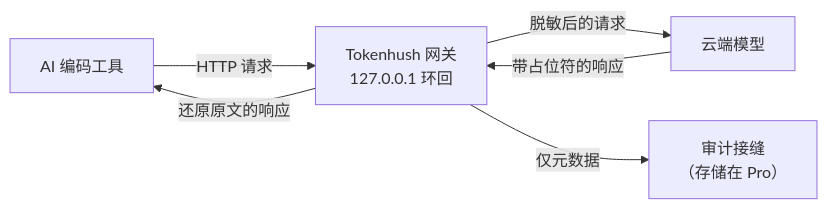
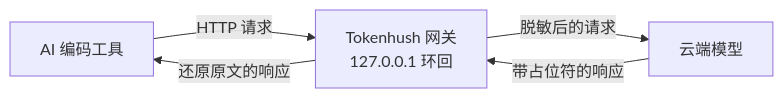
One commit to fregie/tokenhush changed the diagram in README.zh-CN.md. Above: the diagram before and after it, drawn with Mermaid. The commit also changed other lines of this file and 19 other files, not shown here.

````diff
--- a/README.zh-CN.md
+++ b/README.zh-CN.md
@@ -38,8 +37,7 @@
 ```mermaid
 flowchart LR
     A["AI 编码工具"] -->|HTTP 请求| B["Tokenhush 网关<br/>127.0.0.1 环回"]
     B -->|脱敏后的请求| C["云端模型"]
     C -->|带占位符的响应| B
     B -->|还原原文的响应| A
-    B -->|仅元数据| D["审计接缝<br/>（存储在 Pro）"]
 ```
````
